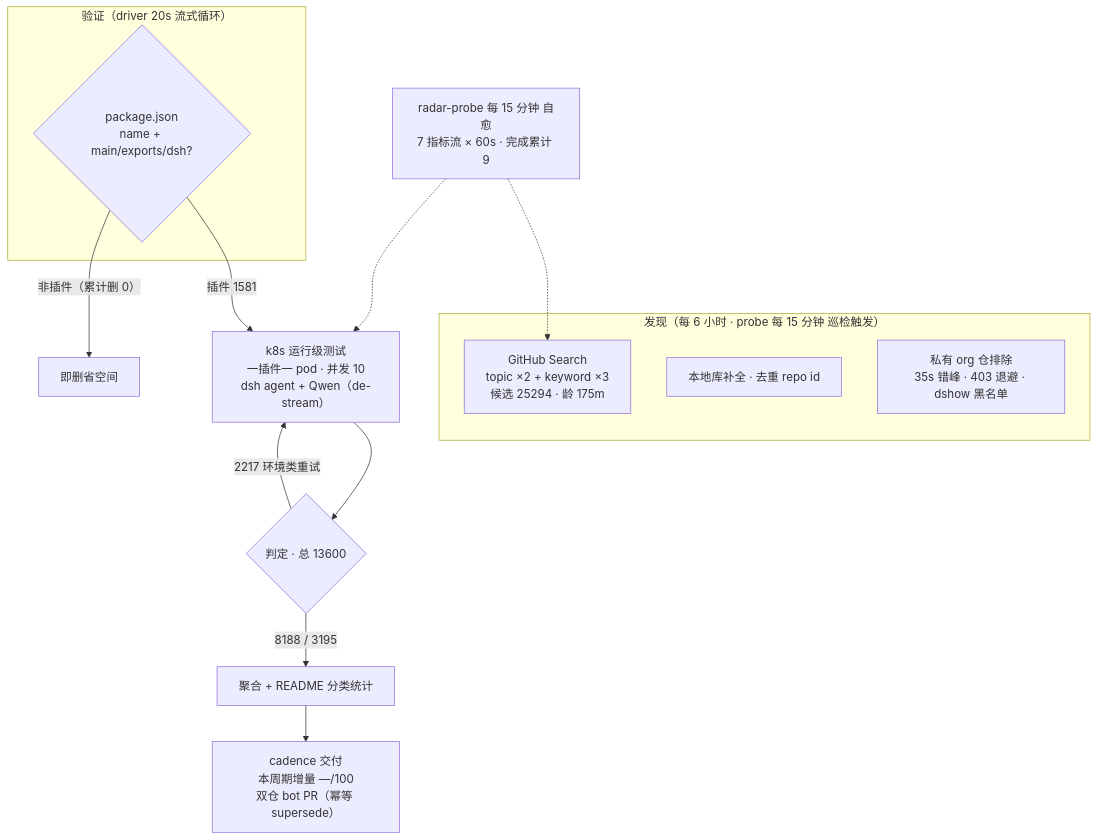
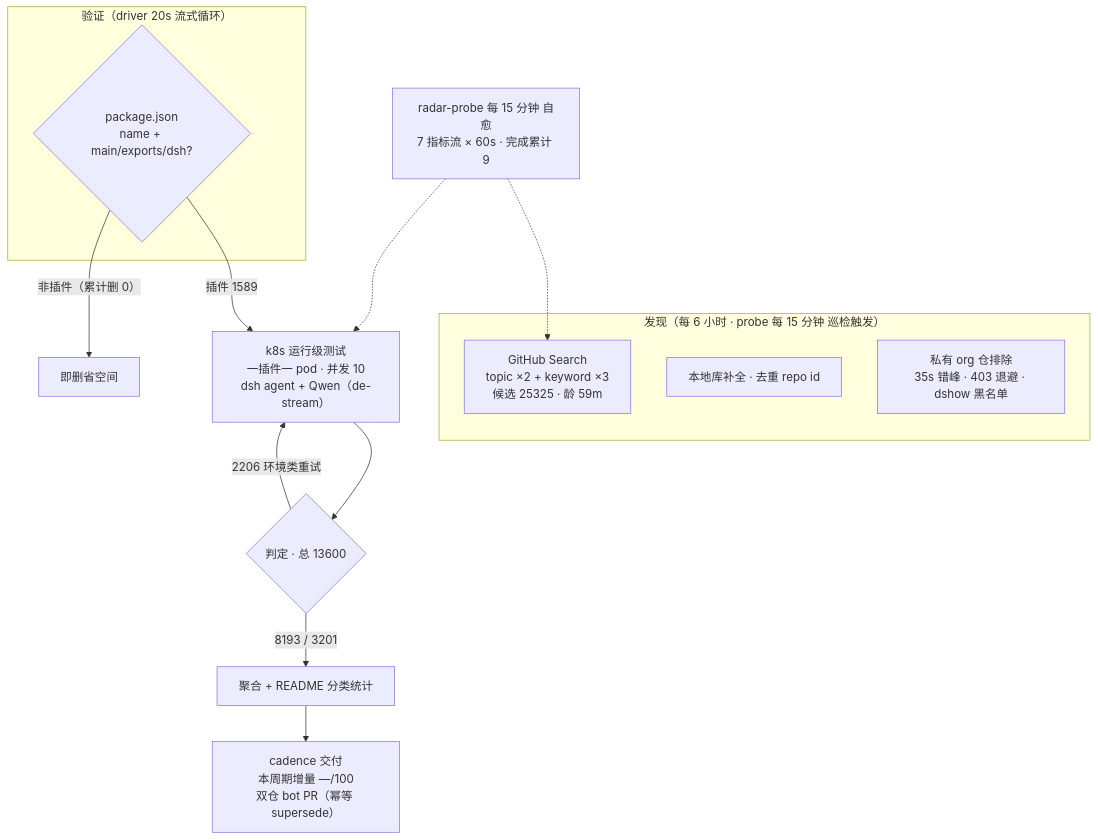
Before and after one commit to AdamPlatin123/dsh-plugin-radar: the diagram in README.md, drawn with Mermaid. The commit also changed other lines of this file and 13 other files, not shown here.

````diff
--- a/README.md
+++ b/README.md
@@ -142,20 +144,20 @@
 ```mermaid
 flowchart TB
     subgraph Discovery["发现（每 6 小时 · probe 每 15 分钟 巡检触发）"]
-        A1["GitHub Search<br/>topic ×2 + keyword ×3<br/>候选 25294 · 龄 175m"]
+        A1["GitHub Search<br/>topic ×2 + keyword ×3<br/>候选 25325 · 龄 59m"]
         A2["本地库补全 · 去重 repo id"]
         A3["私有 org 仓排除<br/>35s 错峰 · 403 退避 · dshow 黑名单"]
     end
     subgraph Validation["验证（driver 20s 流式循环）"]
         B1{"package.json<br/>name + main/exports/dsh?"}
     end
-    B1 -->|"插件 1581"| C1["k8s 运行级测试<br/>一插件一 pod · 并发 10<br/>dsh agent + Qwen（de-stream）"]
+    B1 -->|"插件 1589"| C1["k8s 运行级测试<br/>一插件一 pod · 并发 10<br/>dsh agent + Qwen（de-stream）"]
     B1 -->|"非插件（累计删 0）"| B3["即删省空间"]
     C1 --> D1{"判定 · 总 13600"}
-    D1 -->|"8188 / 3195"| E1["聚合 + README 分类统计"]
-    D1 -->|"2217 环境类重试"| C1
+    D1 -->|"8193 / 3201"| E1["聚合 + README 分类统计"]
+    D1 -->|"2206 环境类重试"| C1
     E1 --> E2["cadence 交付<br/>本周期增量 —/100<br/>双仓 bot PR（幂等 supersede）"]
     M["radar-probe 每 15 分钟 自愈<br/>7 指标流 × 60s · 完成累计 9"]
     M -.-> A1
     M -.-> C1
 ```
````
